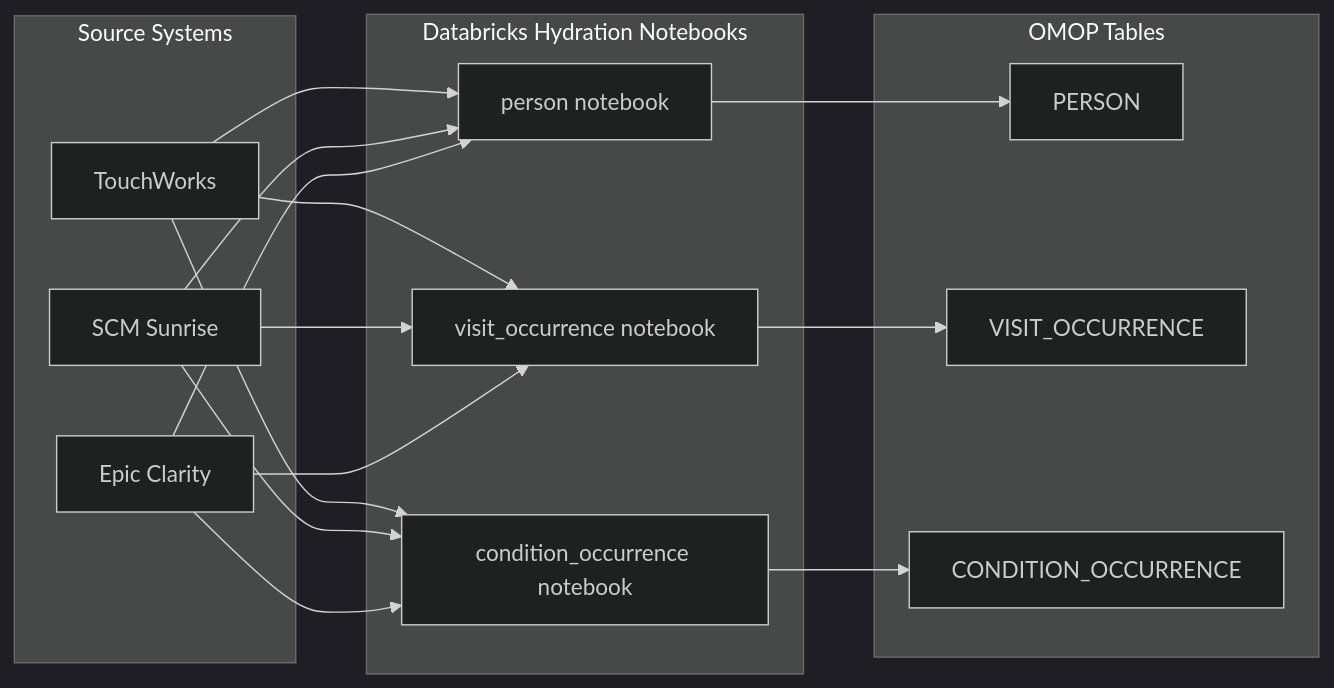
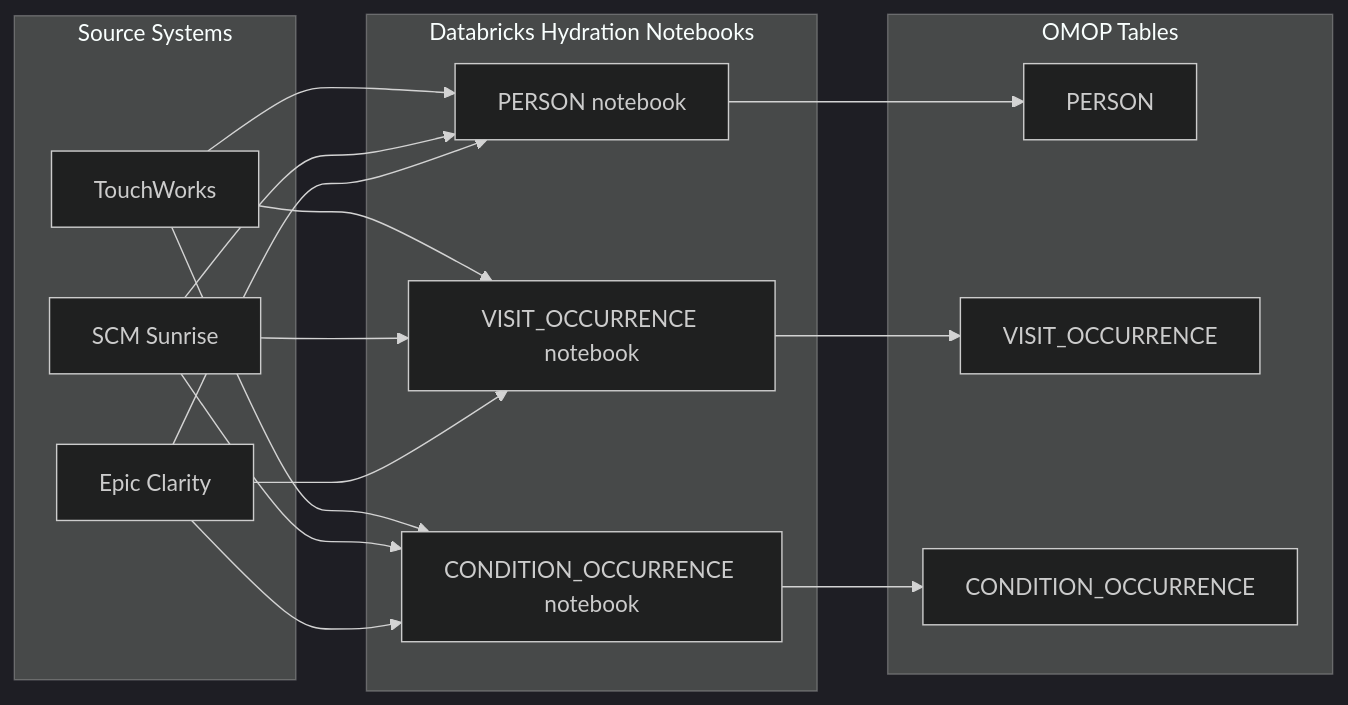
The first of 11 diagrams in docs/omop_architecture_erd_with_sources.md (janyaibe/omop-accelerator), drawn with Mermaid (dark theme) before and after one commit.

````diff
--- a/docs/omop_architecture_erd_with_sources.md
+++ b/docs/omop_architecture_erd_with_sources.md
@@ -9,36 +9,36 @@
 ```mermaid
 flowchart LR
 
     subgraph SOURCES[Source Systems]
         TW[TouchWorks]
         SCM[SCM Sunrise]
         EPIC[Epic Clarity]
     end
 
     subgraph DBX[Databricks Hydration Notebooks]
-        nb_person[person notebook]
-        nb_visit[visit_occurrence notebook]
-        nb_condition[condition_occurrence notebook]
+        nb_person[PERSON notebook]
+        nb_visit[VISIT_OCCURRENCE notebook]
+        nb_condition[CONDITION_OCCURRENCE notebook]
     end
 
     subgraph OMOP[OMOP Tables]
         PERSON
         VISIT_OCCURRENCE
         CONDITION_OCCURRENCE
     end
 
     TW --> nb_person
     SCM --> nb_person
     EPIC --> nb_person
     nb_person --> PERSON
 
     TW --> nb_visit
     SCM --> nb_visit
     EPIC --> nb_visit
     nb_visit --> VISIT_OCCURRENCE
 
     TW --> nb_condition
     SCM --> nb_condition
     EPIC --> nb_condition
     nb_condition --> CONDITION_OCCURRENCE
 ```
````
